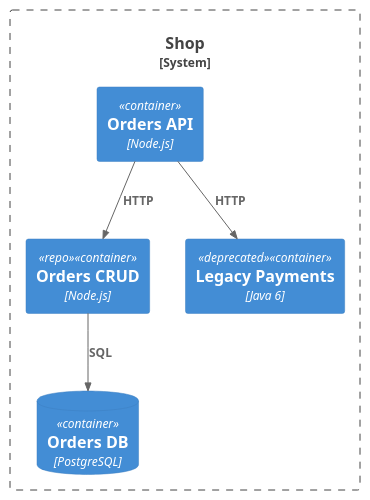
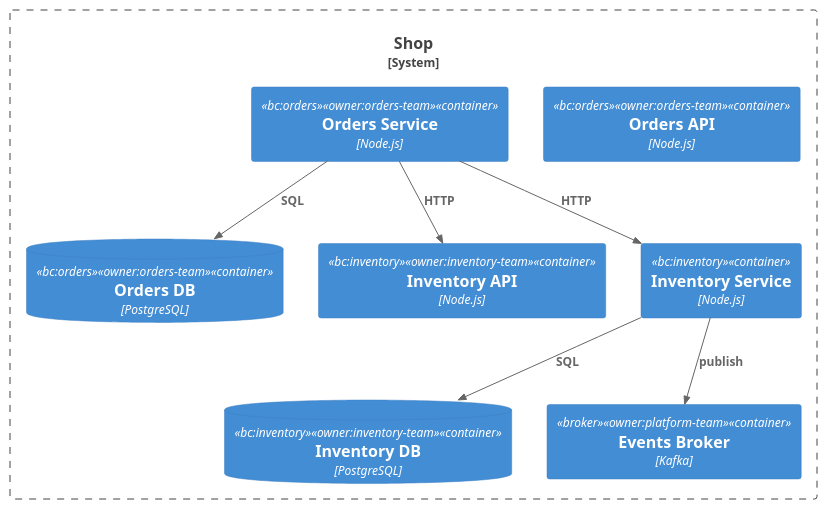
One commit to adapstory/aact changed the diagram in examples/custom-rules/architecture.puml. Above: the diagram before and after it, drawn with PlantUML. The commit also changed 9 other files, not shown here.

```diff
--- a/examples/custom-rules/architecture.puml
+++ b/examples/custom-rules/architecture.puml
@@ -1,16 +1,35 @@
 @startuml custom-rules-demo
 !include https://raw.githubusercontent.com/plantuml-stdlib/C4-PlantUML/master/C4_Container.puml
 
 System_Boundary(shop, "Shop") {
-    Container(orders_api, "Orders API", "Node.js")
-    Container(orders_crud, "Orders CRUD", "Node.js", $tags="repo")
-    ContainerDb(orders_db, "Orders DB", "PostgreSQL")
 
-    Container(legacy_payments, "Legacy Payments", "Java 6", $tags="deprecated")
+    ' === Orders bounded context ===
+    Container(orders_api, "Orders API", "Node.js", $tags="bc:orders+owner:orders-team")
+    Container(orders_svc, "Orders Service", "Node.js", $tags="bc:orders+owner:orders-team")
+    ContainerDb(orders_db, "Orders DB", "PostgreSQL", $tags="bc:orders+owner:orders-team")
+
+    ' === Inventory bounded context ===
+    Container(inventory_api, "Inventory API", "Node.js", $tags="bc:inventory+owner:inventory-team")
+    Container(inventory_svc, "Inventory Service", "Node.js", $tags="bc:inventory")
+    '                                                                  ^^^^^^^^^^^^^^^
+    ' VIOLATION (requireOwnerTag): missing owner:<team> tag
+    ContainerDb(inventory_db, "Inventory DB", "PostgreSQL", $tags="bc:inventory+owner:inventory-team")
+
+    ' === Platform infrastructure ===
+    Container(events, "Events Broker", "Kafka", $tags="broker+owner:platform-team")
 }
 
-Rel(orders_api, orders_crud, "HTTP")
-Rel(orders_crud, orders_db, "SQL")
-Rel(orders_api, legacy_payments, "HTTP")
+' --- Internal traffic ---
+Rel(orders_svc, orders_db, "SQL")
+Rel(inventory_svc, inventory_db, "SQL")
+
+' --- Cross-BC traffic via public API: OK ---
+Rel(orders_svc, inventory_api, "HTTP")
+
+' --- VIOLATION (bcIsolation): orders BC reaches into inventory BC directly ---
+Rel(orders_svc, inventory_svc, "HTTP")
+
+' --- Cross-BC via broker: OK ---
+Rel(inventory_svc, events, "publish")
 
 @enduml
```
